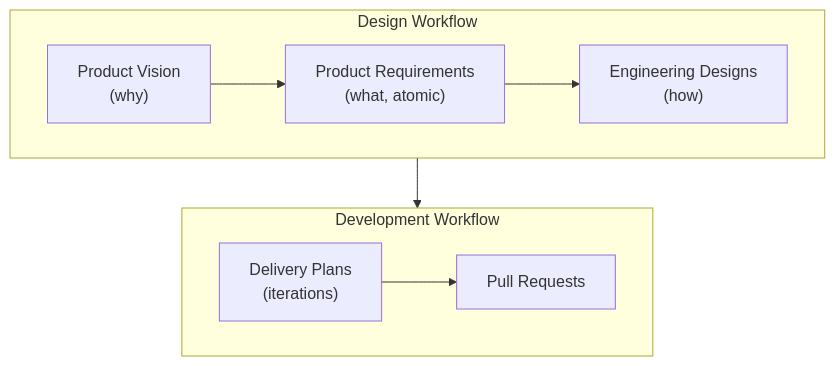
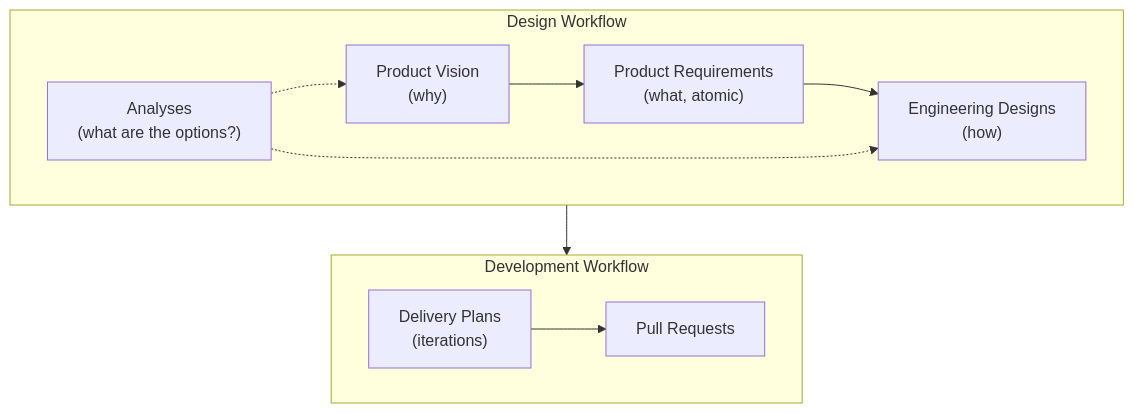
The diagram in design/README.md (justdavis-family/justdavis), drawn with Mermaid before and after one commit. The commit also changed other lines of this file and 18 other files, not shown here.

````diff
--- a/design/README.md
+++ b/design/README.md
@@ -13,19 +13,22 @@
 ```mermaid
 flowchart TB
     subgraph design [Design Workflow]
         direction LR
+        analyses["Analyses<br/>(what are the options?)"]
         vision["Product Vision<br/>(why)"]
         requirements["Product Requirements<br/>(what, atomic)"]
         engineering-designs["Engineering Designs<br/>(how)"]
+        analyses -.-> vision
         vision --> requirements --> engineering-designs
+        analyses -.-> engineering-designs
     end
 
     subgraph development [Development Workflow]
         direction LR
         plans["Delivery Plans<br/>(iterations)"]
         pull-requests["Pull Requests"]
         plans --> pull-requests
     end
 
     design --> development
 ```
````
